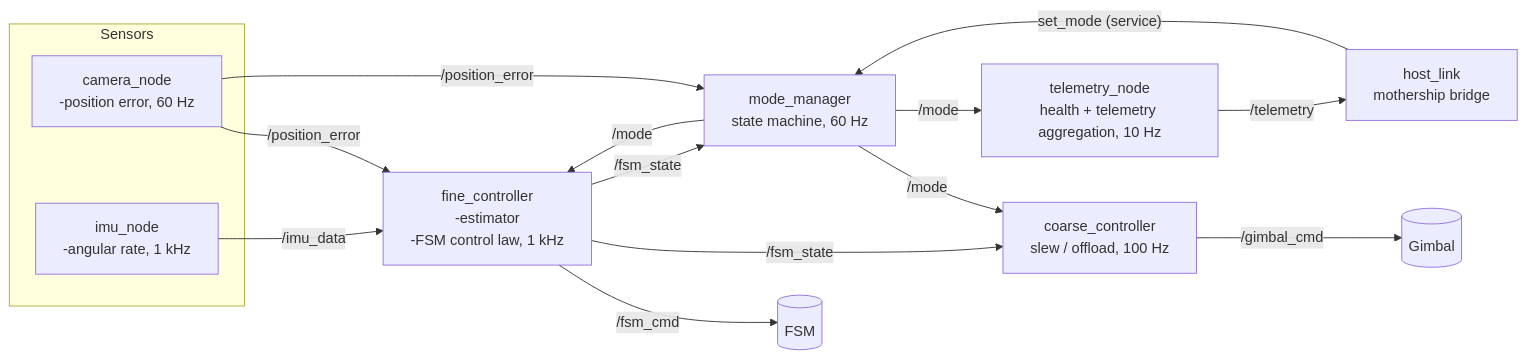
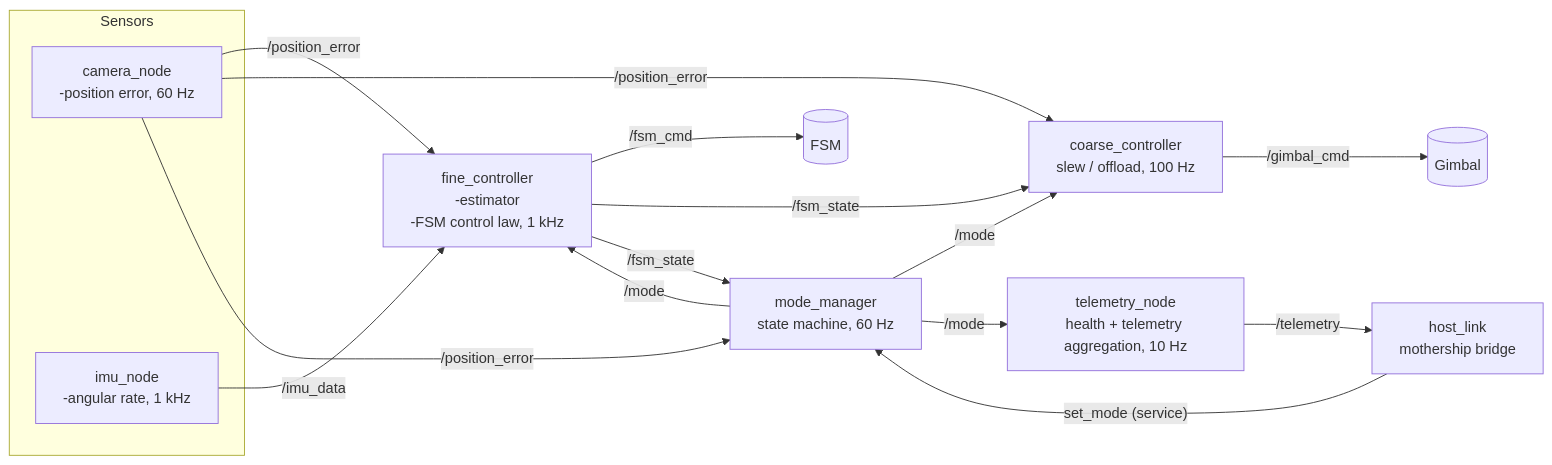
One commit to hermanthong/pat_terminal changed the first of 2 diagrams in README.md. Above: the diagram before and after it, drawn with Mermaid. The commit also changed other lines of this file and 8 other files, not shown here.

Commit message:
fix coarse controller subscribing to position error

````diff
--- a/README.md
+++ b/README.md
@@ -34,27 +34,28 @@
 ```mermaid
 flowchart LR
     subgraph Sensors [Sensors]
         CAM[camera_node<br/>-position error, 60 Hz]
         IMU[imu_node<br/>-angular rate, 1 kHz]
     end
 
     FINE[fine_controller<br/>-estimator<br/>-FSM control law, 1 kHz]
 
     COARSE[coarse_controller<br/>slew / offload, 100 Hz]
     MODE[mode_manager<br/>state machine, 60 Hz]
     TEL[telemetry_node<br/>health + telemetry aggregation, 10 Hz]
     HOST[host_link<br/>mothership bridge]
 
     CAM -- "/position_error" --> FINE
+    CAM -- "/position_error" --> COARSE
     IMU -- "/imu_data" --> FINE
     FINE -- "/fsm_cmd" --> ACT1[(FSM)]
     FINE -- "/fsm_state" --> COARSE
     COARSE -- "/gimbal_cmd" --> ACT2[(Gimbal)]
     CAM -- "/position_error" --> MODE
     FINE -- "/fsm_state" --> MODE
     MODE -- "/mode" --> FINE
     MODE -- "/mode" --> COARSE
     HOST -- "set_mode (service)" --> MODE
     MODE -- "/mode" --> TEL
     TEL -- "/telemetry" --> HOST
 ```
````
